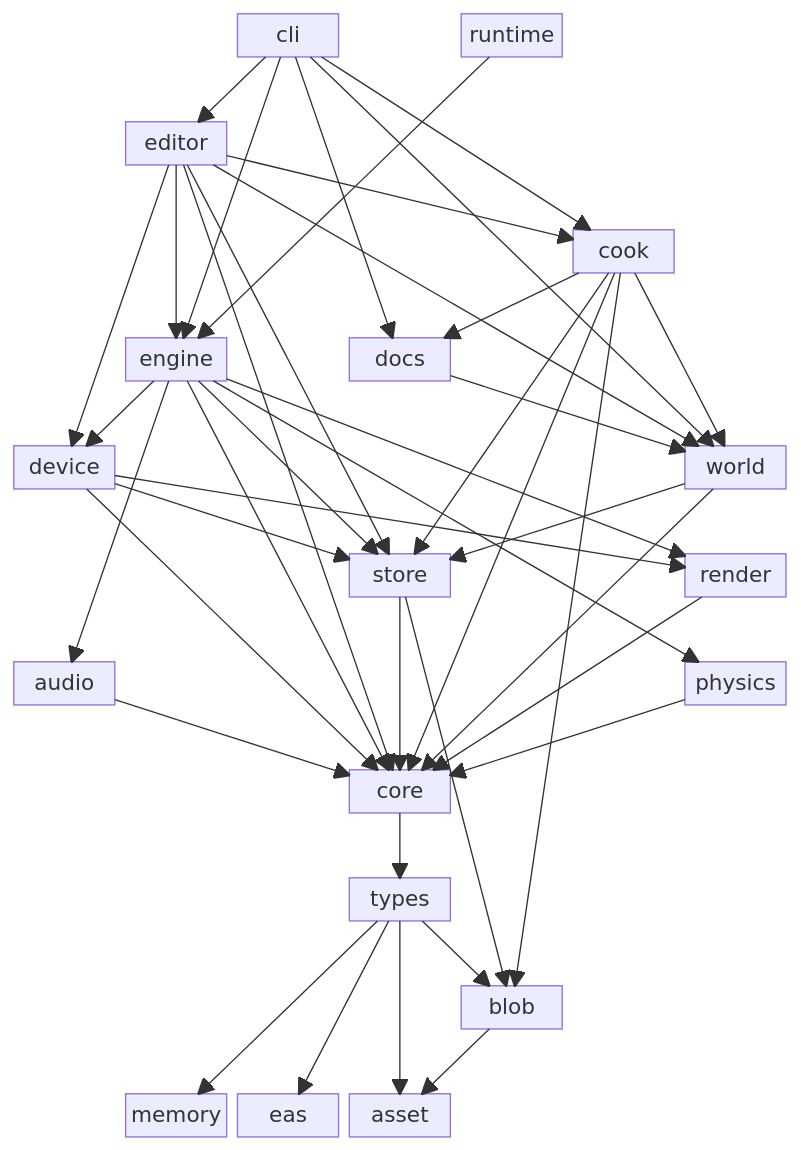
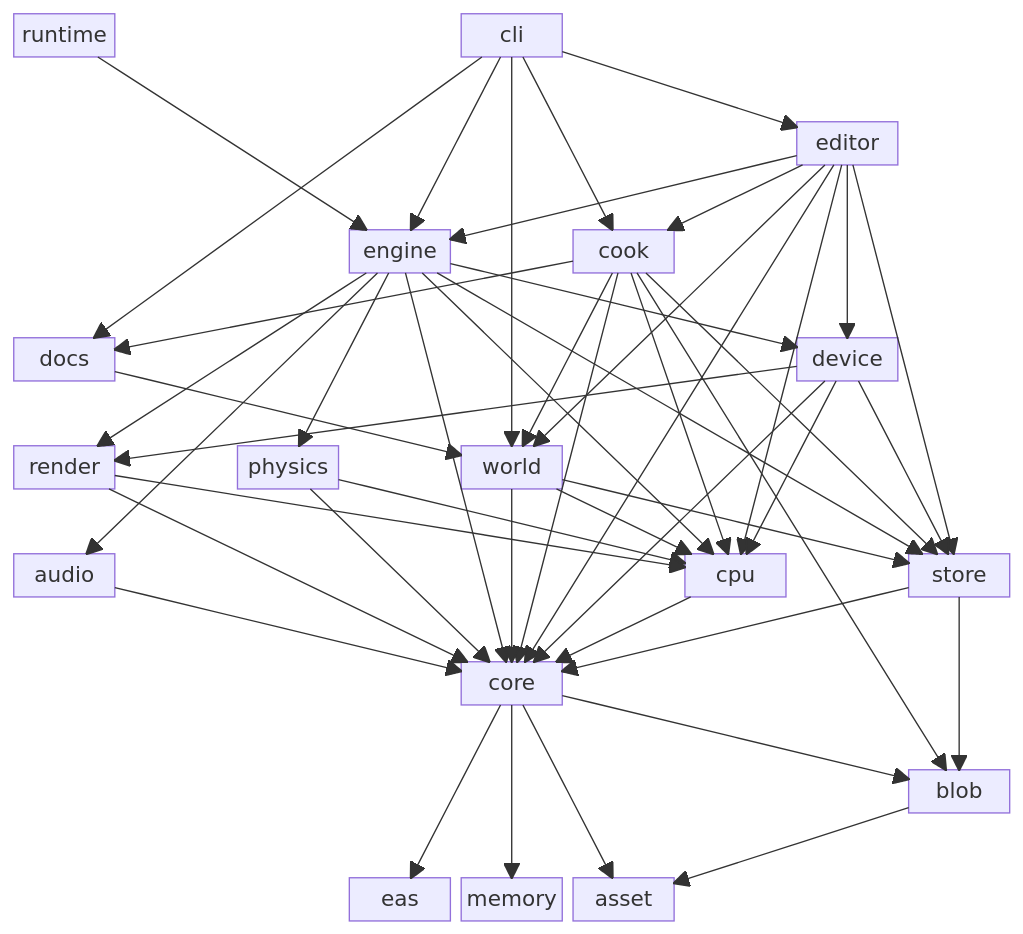
Before and after one commit to concinnitygg/concinnity: the diagram in crates/README.md, drawn with Mermaid. The commit also changed other lines of this file and 222 other files, not shown here.

First line of the commit message:
Swap the core and cpu crate names

````diff
--- a/crates/README.md
+++ b/crates/README.md
@@ -31,75 +31,66 @@
 ```mermaid
 block
-columns 7
+columns 9
 
-space:2
+runtime
+space:3
 cli
-space:1
-runtime
-space:2
+space:4
+
+space:9
 
 space:7
-
-space:1
 editor
-space:5
-
-space:7
-
-space:5
-cook
 space:1
 
-space:7
+space:9
 
-space:1
+space:3
 engine
 space:1
-docs
+cook
 space:3
 
-space:7
+space:9
 
+docs
+space:6
 device
-space:5
+space:1
+
+space:9
+
+render
+space:1
+physics
+space:1
 world
+space:4
 
-space:7
-
-space:3
-store
-space:2
-render
-
-space:7
+space:9
 
 audio
 space:5
-physics
+cpu
+space:1
+store
 
-space:7
+space:9
+
+space:4
+core
+space:4
+
+space:9
+
+space:8
+blob
+
+space:9
 
 space:3
-core
-space:3
-
-space:7
-
-space:3
-types
-space:3
-
-space:7
-
-space:4
-blob
-space:2
-
-space:7
-
-space:1
+eas
 memory
-eas
 asset
 space:3
 
@@ -111,18 +102,19 @@
 cli --> world
 cli --> docs
 
-core --> types
+cpu --> core
 
-types --> eas
-types --> asset
-types --> blob
-types --> memory
+core --> eas
+core --> asset
+core --> blob
+core --> memory
 
 store --> core
 store --> blob
 
 engine --> audio
 engine --> core
+engine --> cpu
 engine --> store
 engine --> device
 engine --> physics
@@ -133,10 +125,12 @@
 editor --> store
 editor --> cook
 editor --> core
+editor --> cpu
 editor --> world
 
 cook --> blob
 cook --> core
+cook --> cpu
 cook --> store
 cook --> world
 cook --> docs
@@ -144,17 +138,21 @@
 docs --> world
 
 device --> core
+device --> cpu
 device --> render
 device --> store
 
 audio --> core
 
 physics --> core
+physics --> cpu
 
 render --> core
+render --> cpu
 
 blob --> asset
 
 world --> core
+world --> cpu
 world --> store
 ```
````
